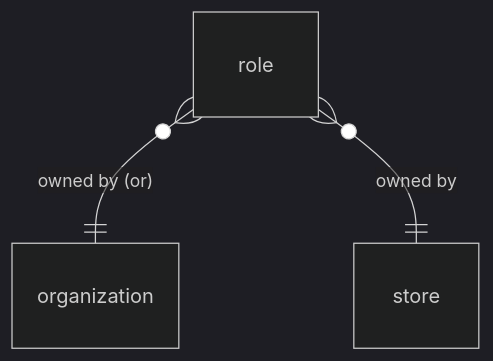
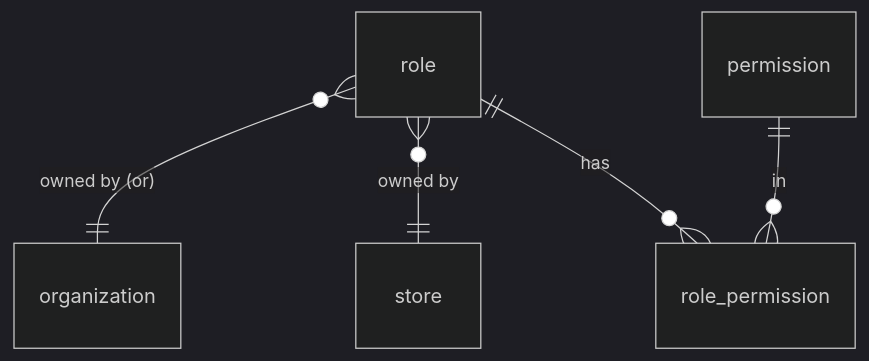
One commit to Shahrukh489/gekkosuite-api changed the fifth of 7 diagrams in docs/database.md. Above: the diagram before and after it, drawn with Mermaid (dark theme). The commit also changed other lines of this file, not shown here.

Commit message:
working on db er diagram

````diff
--- a/docs/database.md
+++ b/docs/database.md
@@ -190,5 +176,7 @@
 ```mermaid
 erDiagram
-    role }o--|| organization : "owned by (or)"
-    role }o--|| store : "owned by"
+    role       }o--|| organization : "owned by (or)"
+    role       }o--|| store : "owned by"
+    role       ||--o{ role_permission : "has"
+    permission ||--o{ role_permission : "in"
 ```
````
